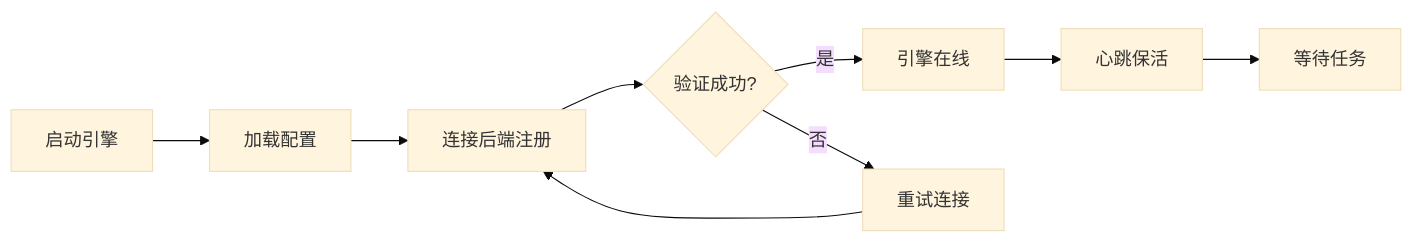
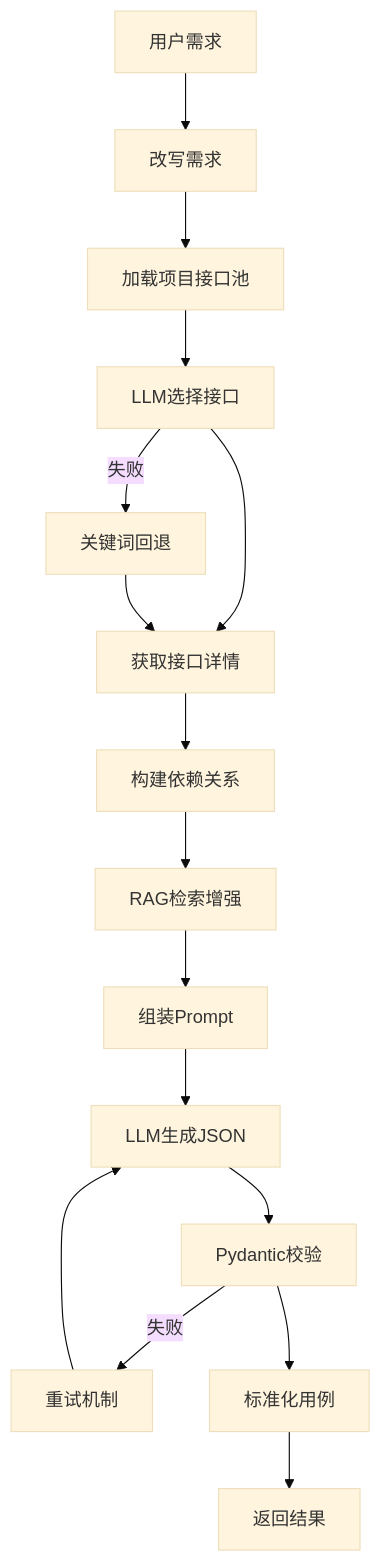
One commit to qdbin/TestPlatform changed the eighth of 8 diagrams in README.md. Above: the diagram before and after it, drawn with Mermaid (base theme). The commit also changed other lines of this file and 74 other files, not shown here.

````diff
--- a/README.md
+++ b/README.md
@@ -241,11 +439,18 @@
 ```mermaid
-flowchart LR
-    A[启动引擎] --> B[加载配置]
-    B --> C[连接后端注册]
-    C --> D{验证成功?}
-    D -->|是| E[引擎在线]
-    D -->|否| F[重试连接]
-    F --> C
-    E --> G[心跳保活]
-    G --> H[等待任务]
+flowchart TD
+    A[用户需求] --> B[改写需求]
+    B --> C[加载项目接口池]
+    C --> D[LLM选择接口]
+    D -->|失败| E[关键词回退]
+    D --> F[获取接口详情]
+    E --> F
+    F --> G[构建依赖关系]
+    G --> H[RAG检索增强]
+    H --> I[组装Prompt]
+    I --> J[LLM生成JSON]
+    J --> K[Pydantic校验]
+    K -->|失败| L[重试机制]
+    L --> J
+    K --> M[标准化用例]
+    M --> N[返回结果]
 ```
````
